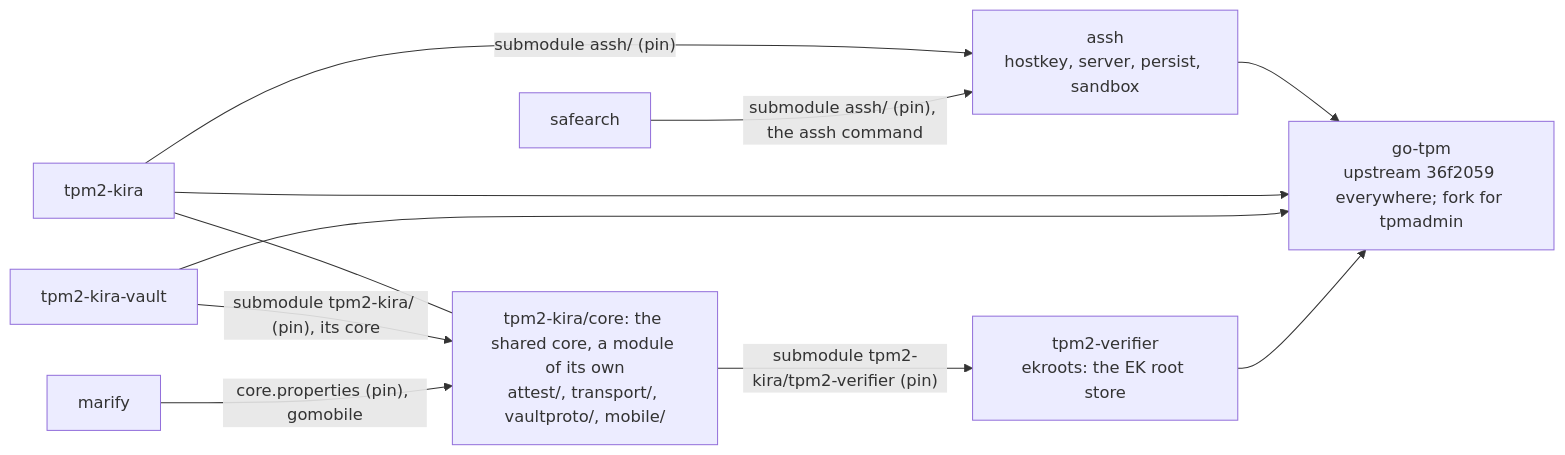
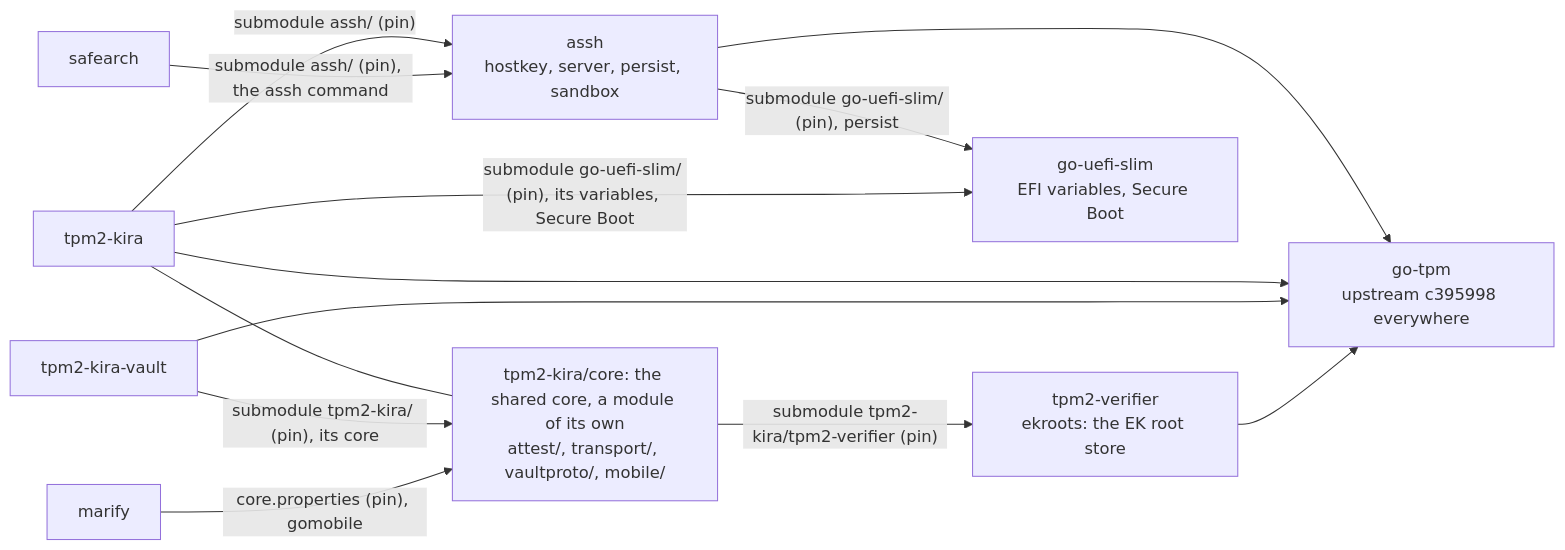
The diagram in AGENTS.md (tpm2-trust/tpm2-trust), drawn with Mermaid before and after one commit. The commit also changed other lines of this file and 4 other files, not shown here.

First line of the commit message:
go-uefi-slim and go-tpm upstream

````diff
--- a/AGENTS.md
+++ b/AGENTS.md
@@ -110,19 +110,22 @@
 ```mermaid
 flowchart LR
   ASSH["assh<br/>hostkey, server, persist, sandbox"]
   KIRA["tpm2-kira"]
   CORE["tpm2-kira/core: the shared core, a module of its own<br/>attest/, transport/, vaultproto/, mobile/"]
   VAULT["tpm2-kira-vault"]
   MARIFY["marify"]
   SAFE["safearch"]
   VER["tpm2-verifier<br/>ekroots: the EK root store"]
-  GOTPM["go-tpm<br/>upstream 36f2059 everywhere; fork for tpmadmin"]
+  GOTPM["go-tpm<br/>upstream c395998 everywhere"]
+  UEFI["go-uefi-slim<br/>EFI variables, Secure Boot"]
   KIRA -->|"submodule assh/ (pin)"| ASSH
   SAFE -->|"submodule assh/ (pin), the assh command"| ASSH
   KIRA --- CORE
   VAULT -->|"submodule tpm2-kira/ (pin), its core"| CORE
   MARIFY -->|"core.properties (pin), gomobile"| CORE
   CORE -->|"submodule tpm2-kira/tpm2-verifier (pin)"| VER
   ASSH & KIRA & VAULT --> GOTPM
+  ASSH -->|"submodule go-uefi-slim/ (pin), persist"| UEFI
+  KIRA -->|"submodule go-uefi-slim/ (pin), its variables, Secure Boot"| UEFI
   VER --> GOTPM
 ```
````
